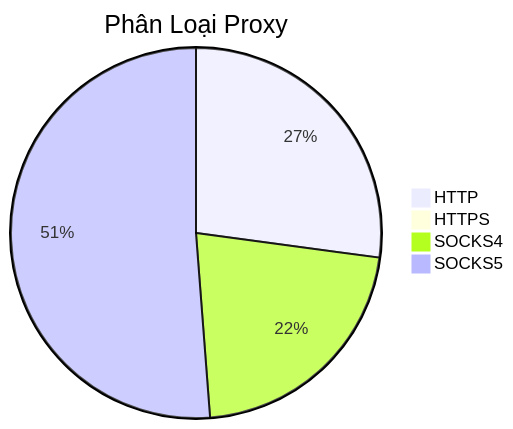
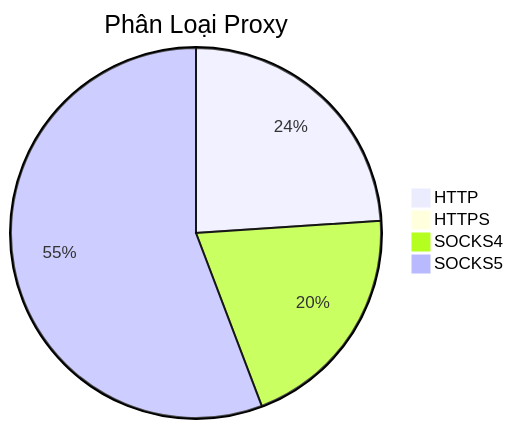
One commit to Ciara-Aa/PROXY-free changed the diagram in README.md. Above: the diagram before and after it, drawn with Mermaid. The commit also changed other lines of this file and 4 other files, not shown here.

````diff
--- a/README.md
+++ b/README.md
@@ -26,7 +26,7 @@
 ```mermaid
 pie title Phân Loại Proxy
-    "HTTP" : 268
-    "HTTPS" : 1
-    "SOCKS4" : 214
-    "SOCKS5" : 506
+    "HTTP" : 319
+    "HTTPS" : 7
+    "SOCKS4" : 270
+    "SOCKS5" : 743
 ```
````
